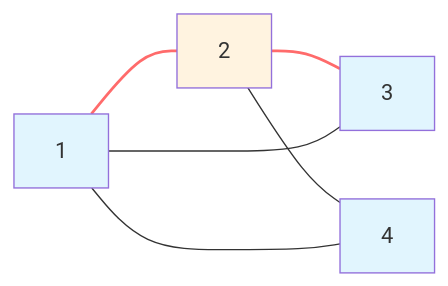
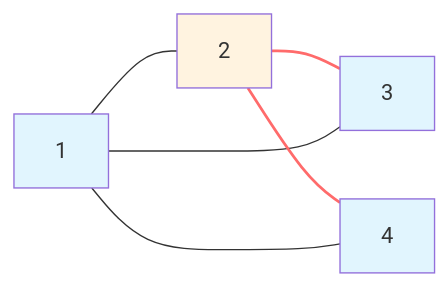
The diagram in 5 - Templates/Full Note.md (Prodaturu/Obsidian), drawn with Mermaid before and after one commit. The commit also changed 1 other file, not shown here.

Commit message:
vault sync: 2025-11-25 05:43:58

````diff
--- a/5 - Templates/Full Note.md
+++ b/5 - Templates/Full Note.md
@@ -174,16 +174,16 @@
 ```mermaid
 graph LR
     1 --- 2
     2 --- 3
     1 --- 3
     2 --- 4
     1 --- 4
     
     style 1 fill:#e1f5fe
     style 3 fill:#e1f5fe
     style 4 fill:#e1f5fe
     style 2 fill:#fff3e0
     
-    linkStyle 0 stroke:#ff6b6b,stroke-width:2px
+    linkStyle 3 stroke:#ff6b6b,stroke-width:2px
     linkStyle 1 stroke:#ff6b6b,stroke-width:2px
 ```
````
